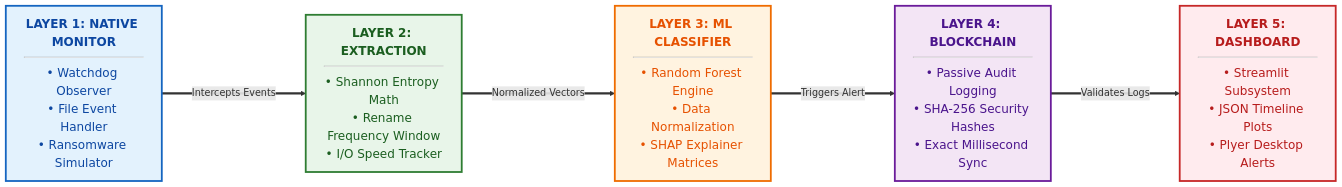
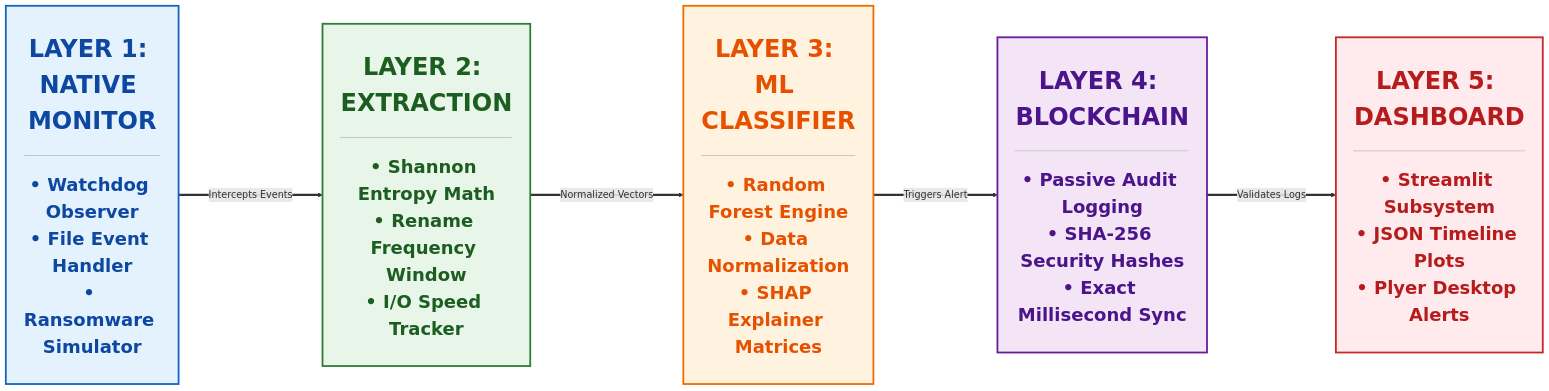
The diagram in system_diagrams.md (sidharthprem310/ransomware_detection), drawn with Mermaid before and after one commit. The commit also changed 1 other file, not shown here.

Commit message:
Inject raw HTML Header tags into Mermaid diagrams to force massive presentation-scale font rendering

````diff
--- a/system_diagrams.md
+++ b/system_diagrams.md
@@ -9,31 +9,31 @@
 ```mermaid
 flowchart LR
     %% Define Massive Text Styles
     classDef L1 fill:#E3F2FD,stroke:#1565C0,stroke-width:3px,color:#0D47A1,font-size:20px
     classDef L2 fill:#E8F5E9,stroke:#2E7D32,stroke-width:3px,color:#1B5E20,font-size:20px
     classDef L3 fill:#FFF3E0,stroke:#EF6C00,stroke-width:3px,color:#E65100,font-size:20px
     classDef L4 fill:#F3E5F5,stroke:#6A1B9A,stroke-width:3px,color:#4A148C,font-size:20px
     classDef L5 fill:#FFEBEE,stroke:#C62828,stroke-width:3px,color:#B71C1C,font-size:20px
 
     %% -------------------------------------
     %% BIG BOLD LAYER BLOCKS
     %% -------------------------------------
-    Monitor["<b>LAYER 1: NATIVE MONITOR</b><hr/>• Watchdog Observer<br/>• File Event Handler<br/>• Ransomware Simulator"]:::L1
+    Monitor["<h1>LAYER 1: NATIVE MONITOR</h1><hr/><h2>• Watchdog Observer<br/>• File Event Handler<br/>• Ransomware Simulator</h2>"]:::L1
 
-    Extract["<b>LAYER 2: EXTRACTION</b><hr/>• Shannon Entropy Math<br/>• Rename Frequency Window<br/>• I/O Speed Tracker"]:::L2
+    Extract["<h1>LAYER 2: EXTRACTION</h1><hr/><h2>• Shannon Entropy Math<br/>• Rename Frequency Window<br/>• I/O Speed Tracker</h2>"]:::L2
 
-    ML["<b>LAYER 3: ML CLASSIFIER</b><hr/>• Random Forest Engine<br/>• Data Normalization<br/>• SHAP Explainer Matrices"]:::L3
+    ML["<h1>LAYER 3: ML CLASSIFIER</h1><hr/><h2>• Random Forest Engine<br/>• Data Normalization<br/>• SHAP Explainer Matrices</h2>"]:::L3
 
-    Forensics["<b>LAYER 4: BLOCKCHAIN</b><hr/>• Passive Audit Logging<br/>• SHA-256 Security Hashes<br/>• Exact Millisecond Sync"]:::L4
+    Forensics["<h1>LAYER 4: BLOCKCHAIN</h1><hr/><h2>• Passive Audit Logging<br/>• SHA-256 Security Hashes<br/>• Exact Millisecond Sync</h2>"]:::L4
 
-    UI["<b>LAYER 5: DASHBOARD</b><hr/>• Streamlit Subsystem<br/>• JSON Timeline Plots<br/>• Plyer Desktop Alerts"]:::L5
+    UI["<h1>LAYER 5: DASHBOARD</h1><hr/><h2>• Streamlit Subsystem<br/>• JSON Timeline Plots<br/>• Plyer Desktop Alerts</h2>"]:::L5
 
     %% -------------------------------------
     %% THICK HORIZONTAL CONNECTIONS
     %% -------------------------------------
     Monitor ===>|Intercepts Events| Extract
     Extract ===>|Normalized Vectors| ML
     ML ===>|Triggers Alert| Forensics
     Forensics ===>|Validates Logs| UI
 
 ```
````
